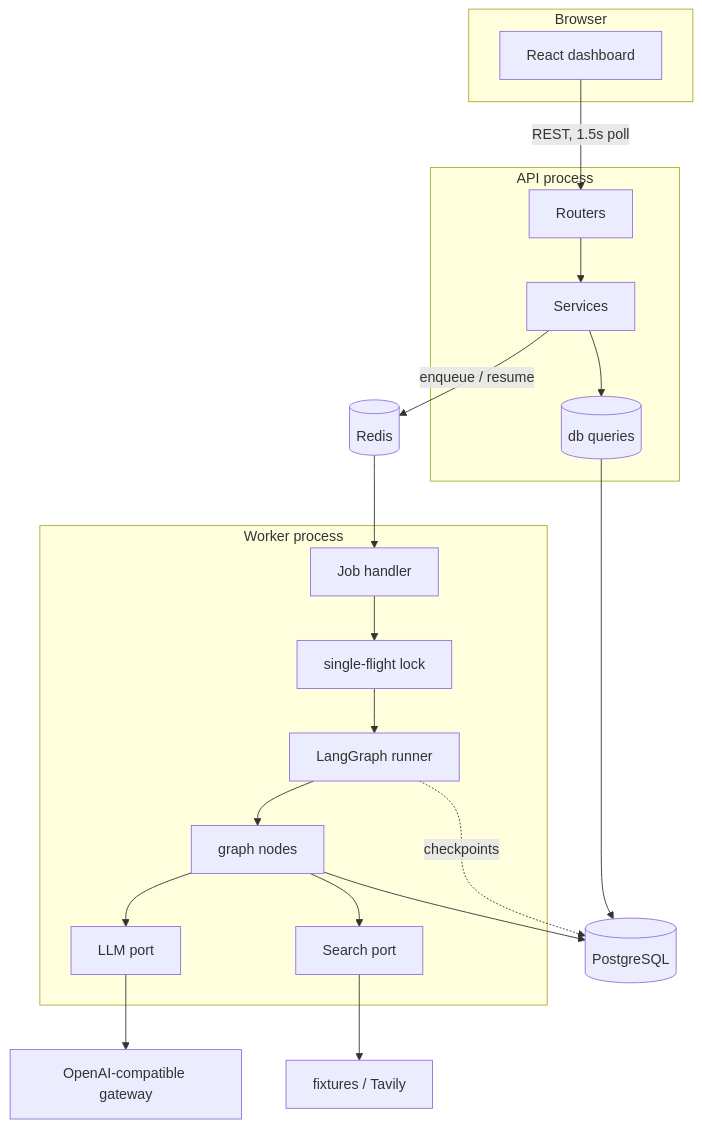
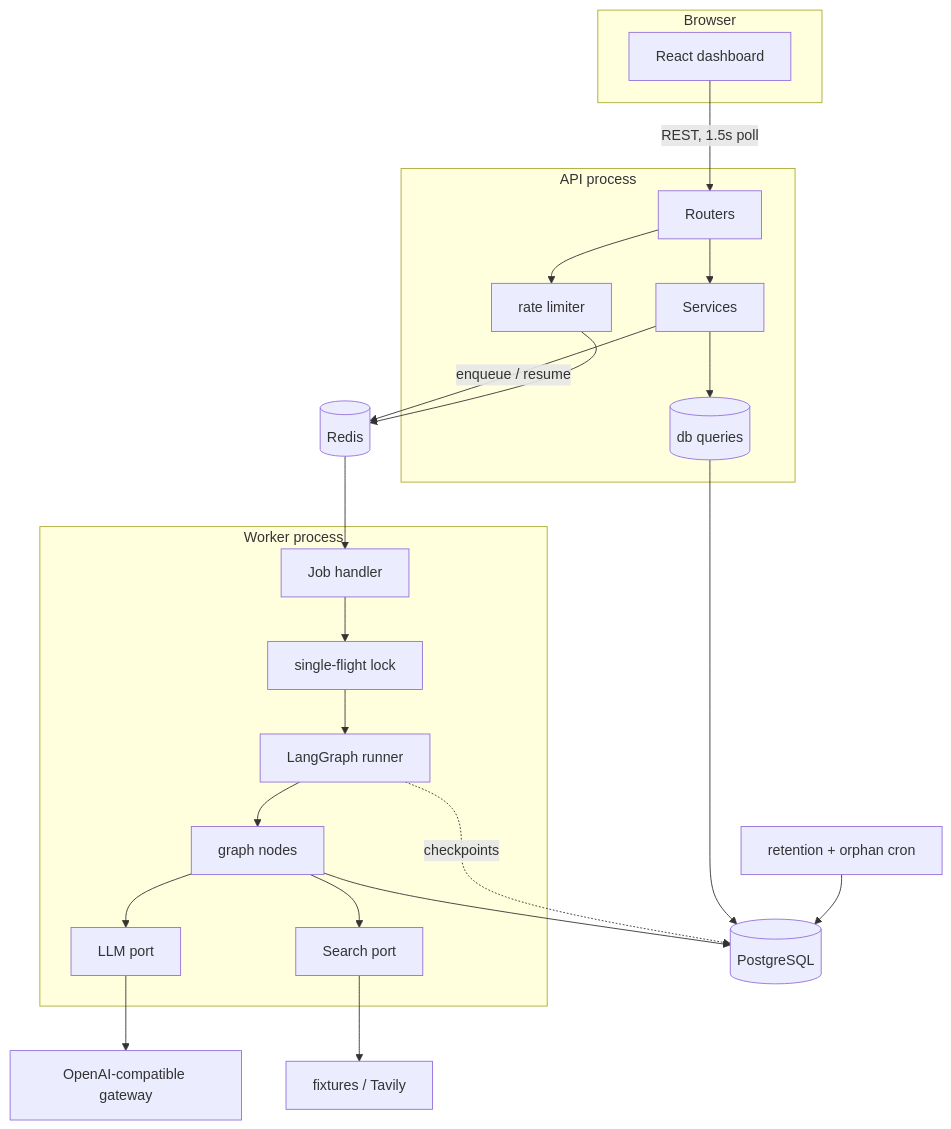
One commit to snmshahzaib/agentflow changed the diagram in docs/architecture.md. Above: the diagram before and after it, drawn with Mermaid. The commit also changed other lines of this file and 8 other files, not shown here.

````diff
--- a/docs/architecture.md
+++ b/docs/architecture.md
@@ -45,25 +45,28 @@
 ```mermaid
 flowchart TB
   subgraph Browser
     UI[React dashboard]
   end
   subgraph api["API process"]
-    RT[Routers] --> SV[Services]
+    RT[Routers] --> RL[rate limiter]
+    RT --> SV[Services]
     SV --> RP[(db queries)]
   end
   subgraph worker["Worker process"]
     JB[Job handler] --> LK[single-flight lock]
     LK --> GR[LangGraph runner]
     GR --> ND[graph nodes]
     ND --> LLM[LLM port]
     ND --> SRCH[Search port]
   end
   UI -->|REST, 1.5s poll| RT
   SV -->|enqueue / resume| RDS[(Redis)]
   RDS --> JB
   RP --> PG[(PostgreSQL)]
   ND --> PG
   GR -.checkpoints.-> PG
   LLM --> GW[OpenAI-compatible gateway]
   SRCH --> FX[fixtures / Tavily]
+  RL --> RDS
+  CRON[retention + orphan cron] --> PG
 ```
````
